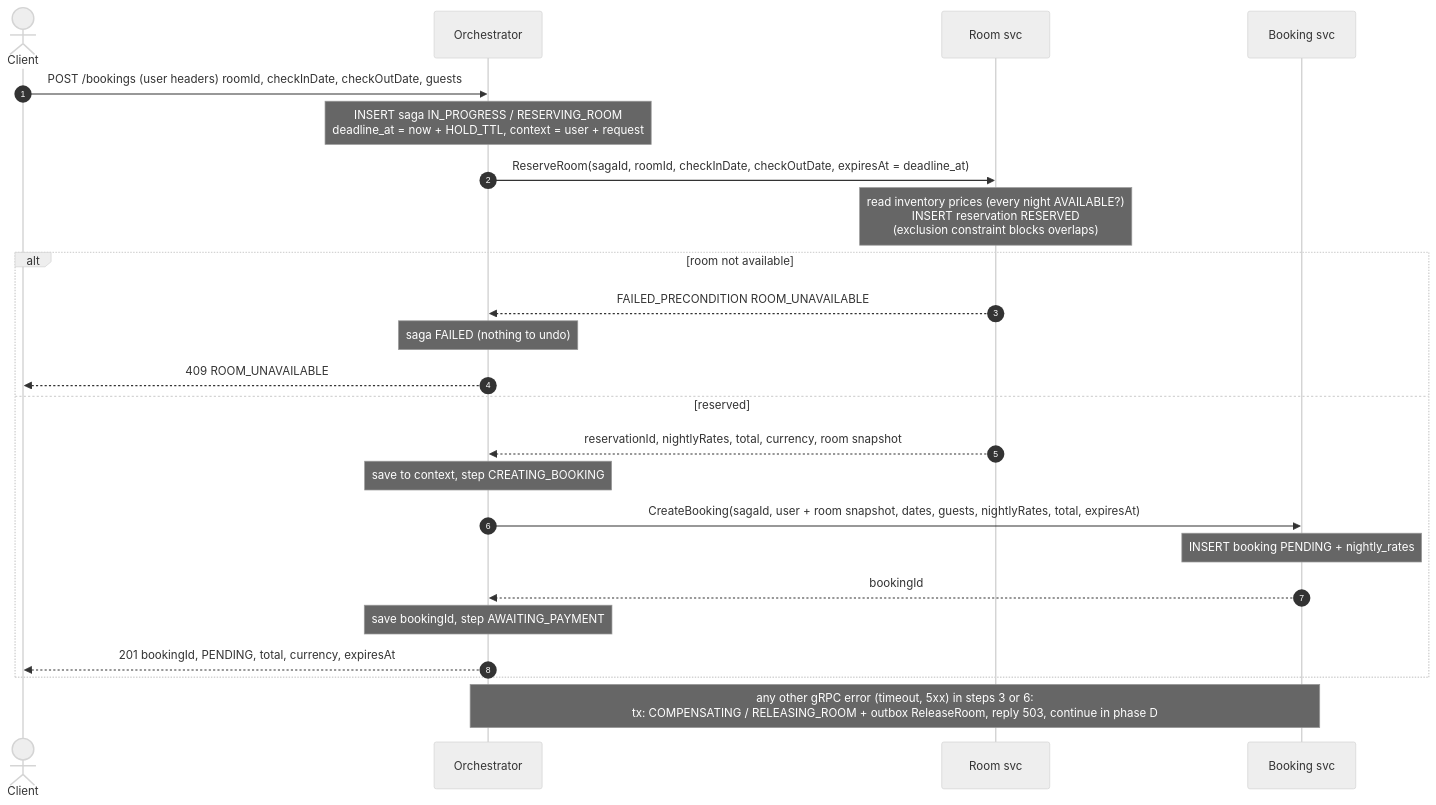
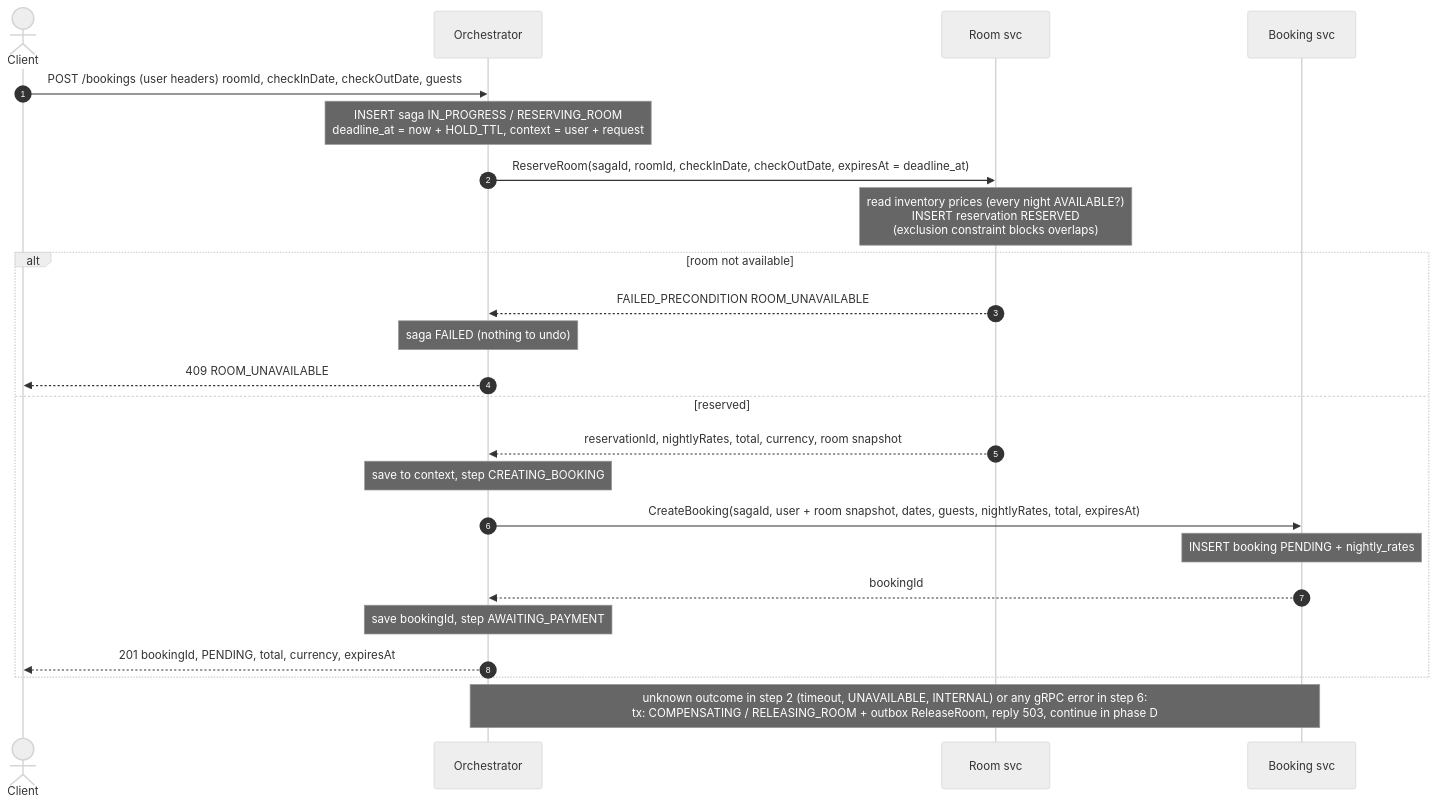
Before and after one commit to TranQuangPhong/hotel-booking-hexagon: the first of 5 diagrams in doc/uc1-create-booking/flows.md, drawn with Mermaid (neutral theme). The commit also changed other lines of this file and 53 other files, not shown here.

````diff
--- a/doc/uc1-create-booking/flows.md
+++ b/doc/uc1-create-booking/flows.md
@@ -12,27 +12,27 @@
 ```mermaid
 sequenceDiagram
     autonumber
     actor C as Client
     participant O as Orchestrator
     participant R as Room svc
     participant B as Booking svc
 
     C->>O: POST /bookings (user headers) roomId, checkInDate, checkOutDate, guests
     Note over O: INSERT saga IN_PROGRESS / RESERVING_ROOM<br/>deadline_at = now + HOLD_TTL, context = user + request
     O->>R: ReserveRoom(sagaId, roomId, checkInDate, checkOutDate, expiresAt = deadline_at)
     Note over R: read inventory prices (every night AVAILABLE?)<br/>INSERT reservation RESERVED<br/>(exclusion constraint blocks overlaps)
     alt room not available
         R-->>O: FAILED_PRECONDITION ROOM_UNAVAILABLE
         Note over O: saga FAILED (nothing to undo)
         O-->>C: 409 ROOM_UNAVAILABLE
     else reserved
         R-->>O: reservationId, nightlyRates, total, currency, room snapshot
         Note over O: save to context, step CREATING_BOOKING
         O->>B: CreateBooking(sagaId, user + room snapshot, dates, guests, nightlyRates, total, expiresAt)
         Note over B: INSERT booking PENDING + nightly_rates
         B-->>O: bookingId
         Note over O: save bookingId, step AWAITING_PAYMENT
         O-->>C: 201 bookingId, PENDING, total, currency, expiresAt
     end
-    Note over O,B: any other gRPC error (timeout, 5xx) in steps 3 or 6:<br/>tx: COMPENSATING / RELEASING_ROOM + outbox ReleaseRoom, reply 503, continue in phase D
+    Note over O,B: unknown outcome in step 2 (timeout, UNAVAILABLE, INTERNAL) or any gRPC error in step 6:<br/>tx: COMPENSATING / RELEASING_ROOM + outbox ReleaseRoom, reply 503, continue in phase D
 ```
````
